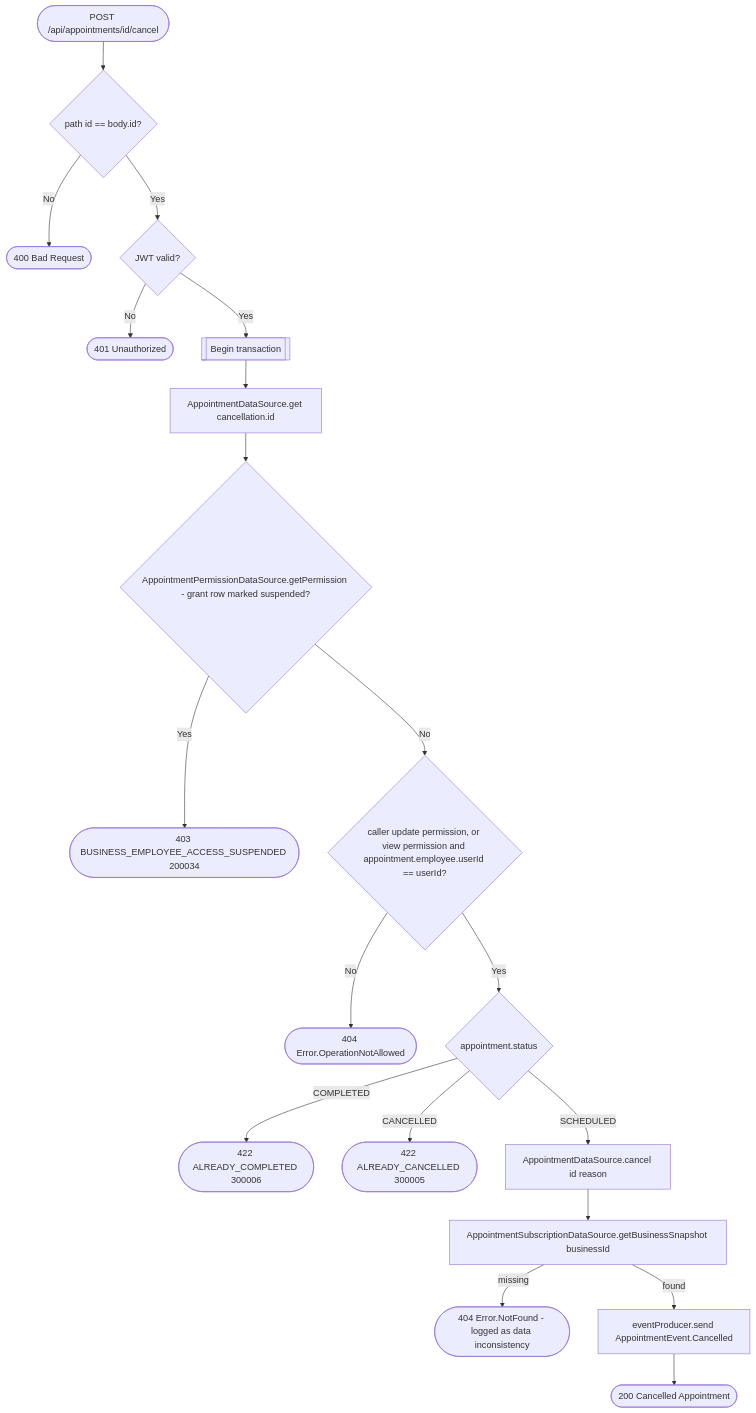
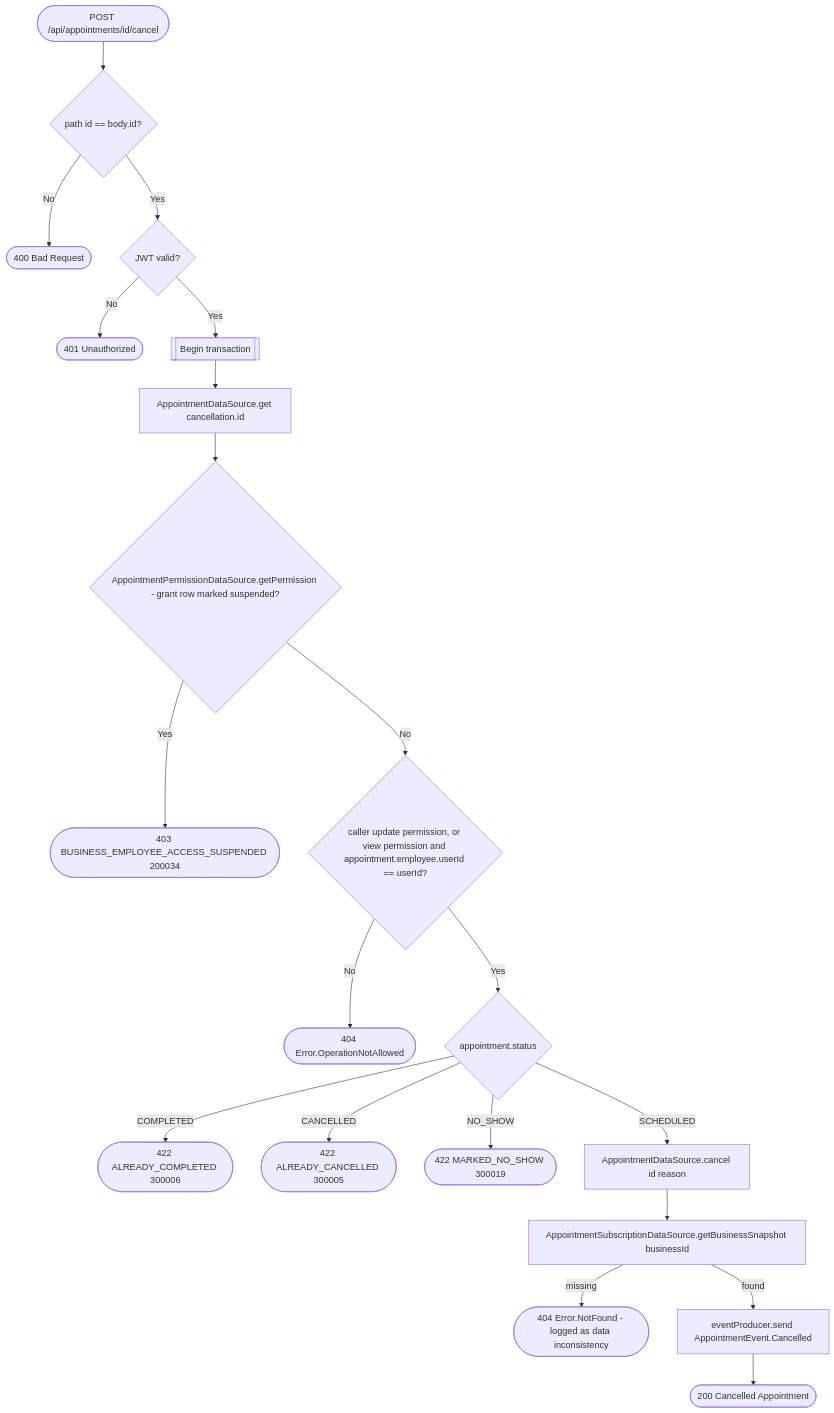
The diagram in docs/operations/appointments/cancel-appointment.md (an22/bookk.me-backend), drawn with Mermaid before and after one commit. The commit also changed 19 other files, not shown here.

````diff
--- a/docs/operations/appointments/cancel-appointment.md
+++ b/docs/operations/appointments/cancel-appointment.md
@@ -12,21 +12,22 @@
 ```mermaid
 flowchart TD
     Start([POST /api/appointments/id/cancel]) --> PathCheck{path id == body.id?}
     PathCheck -- No --> R400([400 Bad Request])
     PathCheck -- Yes --> Auth{JWT valid?}
     Auth -- No --> R401([401 Unauthorized])
     Auth -- Yes --> Tx[[Begin transaction]]
     Tx --> Get[AppointmentDataSource.get cancellation.id]
     Get --> Suspended{AppointmentPermissionDataSource.getPermission - grant row marked suspended?}
     Suspended -- Yes --> R403s([403 BUSINESS_EMPLOYEE_ACCESS_SUSPENDED 200034])
     Suspended -- No --> Perm{caller update permission, or view permission and appointment.employee.userId == userId?}
     Perm -- No --> R404a([404 Error.OperationNotAllowed])
     Perm -- Yes --> Status{appointment.status}
     Status -- COMPLETED --> R422a([422 ALREADY_COMPLETED 300006])
     Status -- CANCELLED --> R422b([422 ALREADY_CANCELLED 300005])
+    Status -- NO_SHOW --> R422c([422 MARKED_NO_SHOW 300019])
     Status -- SCHEDULED --> Cancel[AppointmentDataSource.cancel id reason]
     Cancel --> Snapshot[AppointmentSubscriptionDataSource.getBusinessSnapshot businessId]
     Snapshot -- missing --> R404b([404 Error.NotFound - logged as data inconsistency])
     Snapshot -- found --> Event[eventProducer.send AppointmentEvent.Cancelled]
     Event --> R200([200 Cancelled Appointment])
 ```
````
